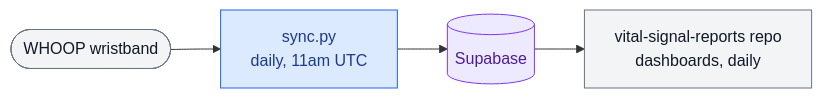
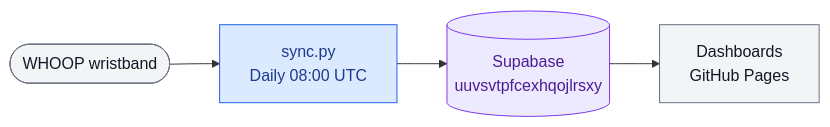
Before and after one commit to fernandomartinez-de/personal: the diagram in health/whoop/README.md, drawn with Mermaid. The commit also changed other lines of this file and 3 other files, not shown here.

````diff
--- a/health/whoop/README.md
+++ b/health/whoop/README.md
@@ -9,14 +9,14 @@
 ```mermaid
 flowchart LR
-    W(["WHOOP wristband"]) --> SY["sync.py<br/>daily, 11am UTC"]
-    SY --> DB[("Supabase")]
-    DB --> VSR["vital-signal-reports repo<br/>dashboards, daily"]
+    W(["WHOOP wristband"]) --> SY["sync.py<br/>Daily 08:00 UTC"]
+    SY --> DB[("Supabase<br/>uuvsvtpfcexhqojlrsxy")]
+    DB --> DASH["Dashboards<br/>GitHub Pages"]
 
     classDef thisrepo fill:#dbeafe,stroke:#2563eb,color:#1e3a8a;
     classDef db fill:#ede9fe,stroke:#7c3aed,color:#4c1d95;
     classDef ext fill:#f3f4f6,stroke:#6b7280,color:#111827;
 
     class SY thisrepo;
     class DB db;
-    class W,VSR ext;
+    class W,DASH ext;
 ```
````
